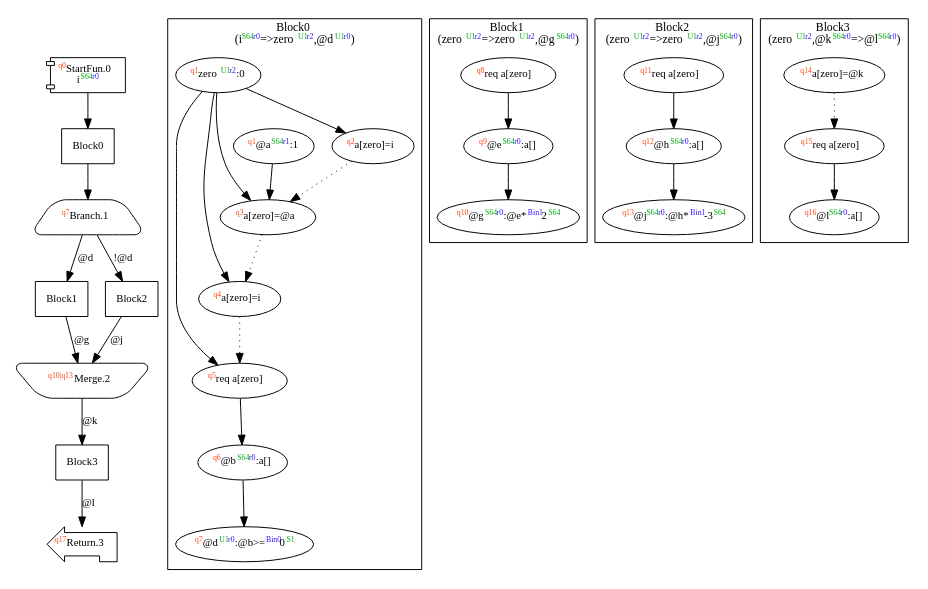
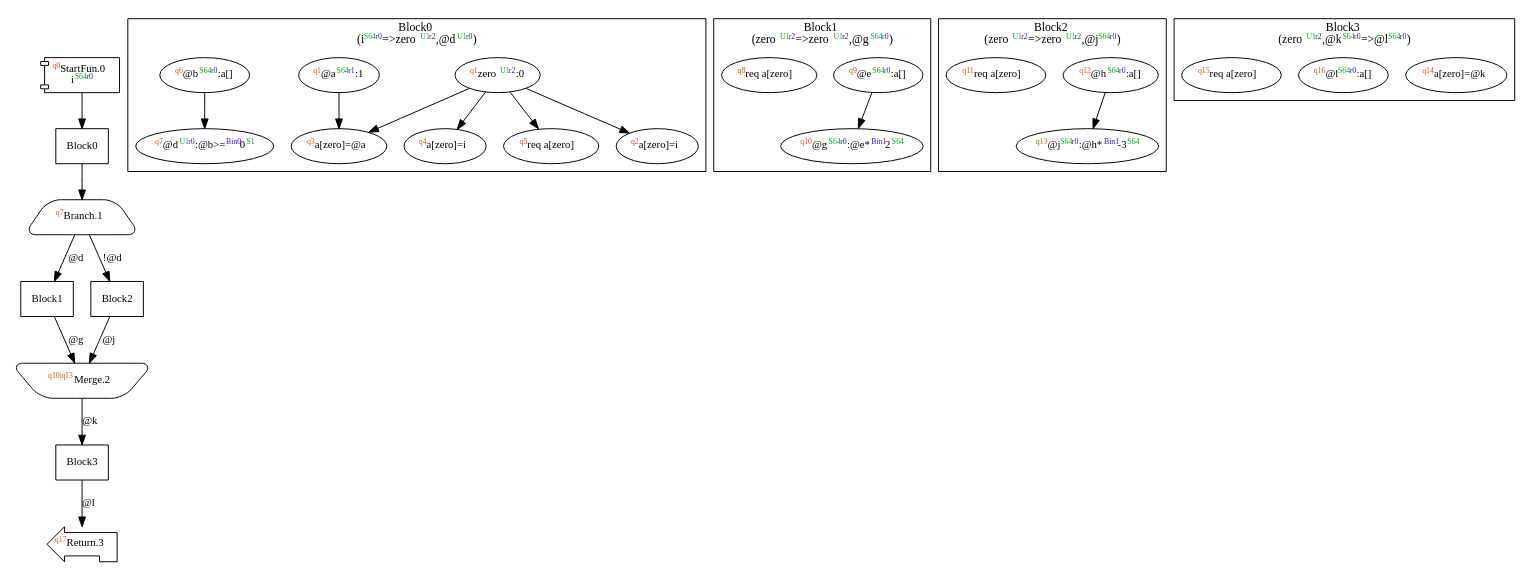
Before and after one commit to akouryy/SyntheScala: the diagram in dist/dependencyTest.dot, drawn with Graphviz. The commit also changed 12 other files, not shown here.

Commit message:
[parallel] Draw loops in GraphDrawer and fix bugs

```diff
--- a/dist/dependencyTest.dot
+++ b/dist/dependencyTest.dot
@@ -1,73 +1,65 @@
 digraph Program_ {
   graph [fontname = "Monaco", fontsize = 12, ranksep = 0.5];
   node [shape = box, fontname = "Monaco", fontsize = 11; colorscheme = pastel19];
   edge [fontname = "Monaco", fontsize = 11; colorscheme = pastel19];
   Jump0[label = <<font color="#ff4411" point-size="8"><sup>q0</sup></font>StartFun.0<br/>i<font color="#00aa11" point-size="8"><sup>S64</sup></font><font color="#3311ff" point-size="8"><sup>r0</sup></font>>; shape = component];
   Jump0 -> Block0;
   Jump1[
     label = <<font color="#ff4411" point-size="8"><sup>q7</sup></font>Branch.1>;
     shape = trapezium; style = rounded;
   ];
   Block0 -> Jump1;
   Jump1 -> Block1 [label="@d"];
   Jump1 -> Block2 [label="!@d"];
   Jump2[label = <<font color="#ff4411" point-size="8"><sup>q10|q13</sup></font>Merge.2>; shape = invtrapezium; style = rounded];
   Block1 -> Jump2 [label="@g"];
   Block2 -> Jump2 [label="@j"];
   Jump2 -> Block3 [label="@k"];
   Jump3[label = <<font color="#ff4411" point-size="8"><sup>q17</sup></font>Return.3>; shape = lpromoter];
   Block3 -> Jump3 [label="@l"];
   Block0 [label = "Block0"];
   Block1 [label = "Block1"];
   Block2 [label = "Block2"];
   Block3 [label = "Block3"];
   subgraph cluster_dfg_Block0 {
     node [shape = oval];
     label = <Block0<br/>(i<font color="#00aa11" point-size="8"><sup>S64</sup></font><font color="#3311ff" point-size="8"><sup>r0</sup></font>=&gt;zero<font color="#00aa11" point-size="8"><sup>U1</sup></font><font color="#3311ff" point-size="8"><sup>r2</sup></font>,@d<font color="#00aa11" point-size="8"><sup>U1</sup></font><font color="#3311ff" point-size="8"><sup>r0</sup></font>)>;
     0 [label=<<font color="#ff4411" point-size="8"><sup>q1</sup></font>zero<font color="#00aa11" point-size="8"><sup>U1</sup></font><font color="#3311ff" point-size="8"><sup>r2</sup></font>:0>];
     5 [label=<<font color="#ff4411" point-size="8"><sup>q5</sup></font>req a[zero]>];
     1 [label=<<font color="#ff4411" point-size="8"><sup>q2</sup></font>a[zero]=i>];
     6 [label=<<font color="#ff4411" point-size="8"><sup>q6</sup></font>@b<font color="#00aa11" point-size="8"><sup>S64</sup></font><font color="#3311ff" point-size="8"><sup>r0</sup></font>:a[]>];
     2 [label=<<font color="#ff4411" point-size="8"><sup>q1</sup></font>@a<font color="#00aa11" point-size="8"><sup>S64</sup></font><font color="#3311ff" point-size="8"><sup>r1</sup></font>:1>];
     3 [label=<<font color="#ff4411" point-size="8"><sup>q3</sup></font>a[zero]=@a>];
     8 [label=<<font color="#ff4411" point-size="8"><sup>q7</sup></font>@d<font color="#00aa11" point-size="8"><sup>U1</sup></font><font color="#3311ff" point-size="8"><sup>r0</sup></font>:@b&gt;=<font color="#3311ff" point-size="8"><sup>Bin0</sup></font>0<font color="#00aa11" point-size="8"><sup>S1</sup></font>>];
     4 [label=<<font color="#ff4411" point-size="8"><sup>q4</sup></font>a[zero]=i>];
     0 -> 1;
     0 -> 3;
     0 -> 4;
     0 -> 5;
     2 -> 3;
     6 -> 8;
-    1 -> 3 [style = dotted];
-    3 -> 4 [style = dotted];
-    4 -> 5 [style = dotted];
-    5 -> 6 [style = solid];
   }
   subgraph cluster_dfg_Block1 {
     node [shape = oval];
     label = <Block1<br/>(zero<font color="#00aa11" point-size="8"><sup>U1</sup></font><font color="#3311ff" point-size="8"><sup>r2</sup></font>=&gt;zero<font color="#00aa11" point-size="8"><sup>U1</sup></font><font color="#3311ff" point-size="8"><sup>r2</sup></font>,@g<font color="#00aa11" point-size="8"><sup>S64</sup></font><font color="#3311ff" point-size="8"><sup>r0</sup></font>)>;
     10 [label=<<font color="#ff4411" point-size="8"><sup>q9</sup></font>@e<font color="#00aa11" point-size="8"><sup>S64</sup></font><font color="#3311ff" point-size="8"><sup>r0</sup></font>:a[]>];
     9 [label=<<font color="#ff4411" point-size="8"><sup>q8</sup></font>req a[zero]>];
     12 [label=<<font color="#ff4411" point-size="8"><sup>q10</sup></font>@g<font color="#00aa11" point-size="8"><sup>S64</sup></font><font color="#3311ff" point-size="8"><sup>r0</sup></font>:@e*<font color="#3311ff" point-size="8"><sup>Bin1</sup></font>2<font color="#00aa11" point-size="8"><sup>S64</sup></font>>];
     10 -> 12;
-    9 -> 10 [style = solid];
   }
   subgraph cluster_dfg_Block2 {
     node [shape = oval];
     label = <Block2<br/>(zero<font color="#00aa11" point-size="8"><sup>U1</sup></font><font color="#3311ff" point-size="8"><sup>r2</sup></font>=&gt;zero<font color="#00aa11" point-size="8"><sup>U1</sup></font><font color="#3311ff" point-size="8"><sup>r2</sup></font>,@j<font color="#00aa11" point-size="8"><sup>S64</sup></font><font color="#3311ff" point-size="8"><sup>r0</sup></font>)>;
     14 [label=<<font color="#ff4411" point-size="8"><sup>q12</sup></font>@h<font color="#00aa11" point-size="8"><sup>S64</sup></font><font color="#3311ff" point-size="8"><sup>r0</sup></font>:a[]>];
     13 [label=<<font color="#ff4411" point-size="8"><sup>q11</sup></font>req a[zero]>];
     16 [label=<<font color="#ff4411" point-size="8"><sup>q13</sup></font>@j<font color="#00aa11" point-size="8"><sup>S64</sup></font><font color="#3311ff" point-size="8"><sup>r0</sup></font>:@h*<font color="#3311ff" point-size="8"><sup>Bin1</sup></font>-3<font color="#00aa11" point-size="8"><sup>S64</sup></font>>];
     14 -> 16;
-    13 -> 14 [style = solid];
   }
   subgraph cluster_dfg_Block3 {
     node [shape = oval];
     label = <Block3<br/>(zero<font color="#00aa11" point-size="8"><sup>U1</sup></font><font color="#3311ff" point-size="8"><sup>r2</sup></font>,@k<font color="#00aa11" point-size="8"><sup>S64</sup></font><font color="#3311ff" point-size="8"><sup>r0</sup></font>=&gt;@l<font color="#00aa11" point-size="8"><sup>S64</sup></font><font color="#3311ff" point-size="8"><sup>r0</sup></font>)>;
     17 [label=<<font color="#ff4411" point-size="8"><sup>q14</sup></font>a[zero]=@k>];
     19 [label=<<font color="#ff4411" point-size="8"><sup>q16</sup></font>@l<font color="#00aa11" point-size="8"><sup>S64</sup></font><font color="#3311ff" point-size="8"><sup>r0</sup></font>:a[]>];
     18 [label=<<font color="#ff4411" point-size="8"><sup>q15</sup></font>req a[zero]>];
-    17 -> 18 [style = dotted];
-    18 -> 19 [style = solid];
   }
 }
```
